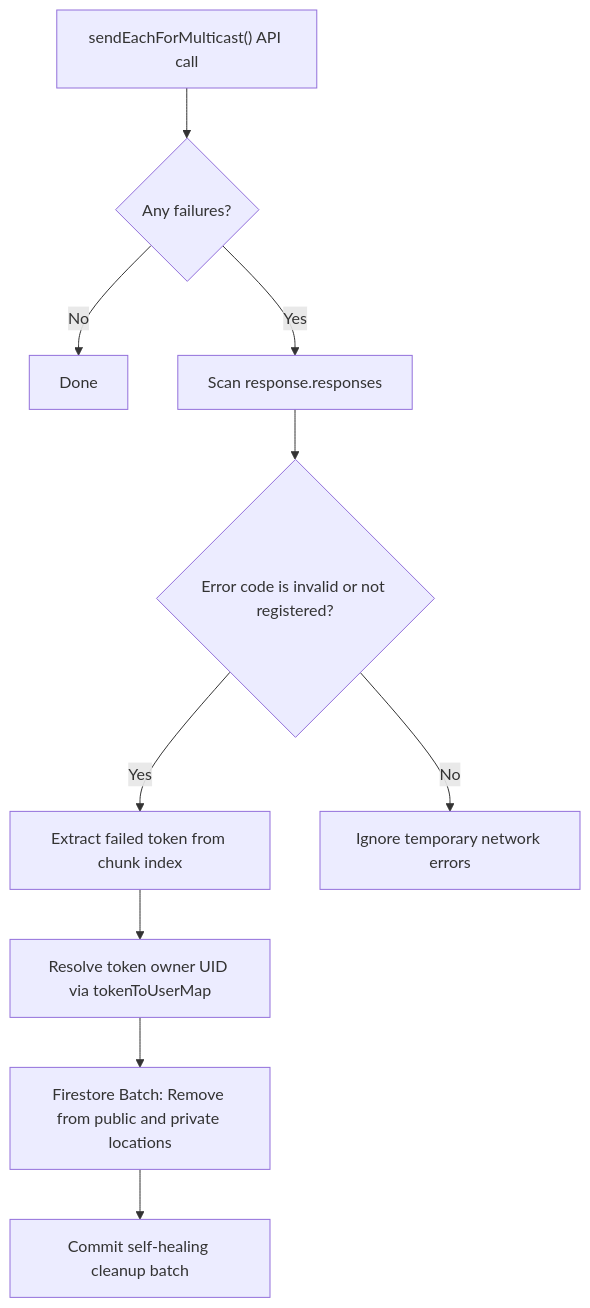
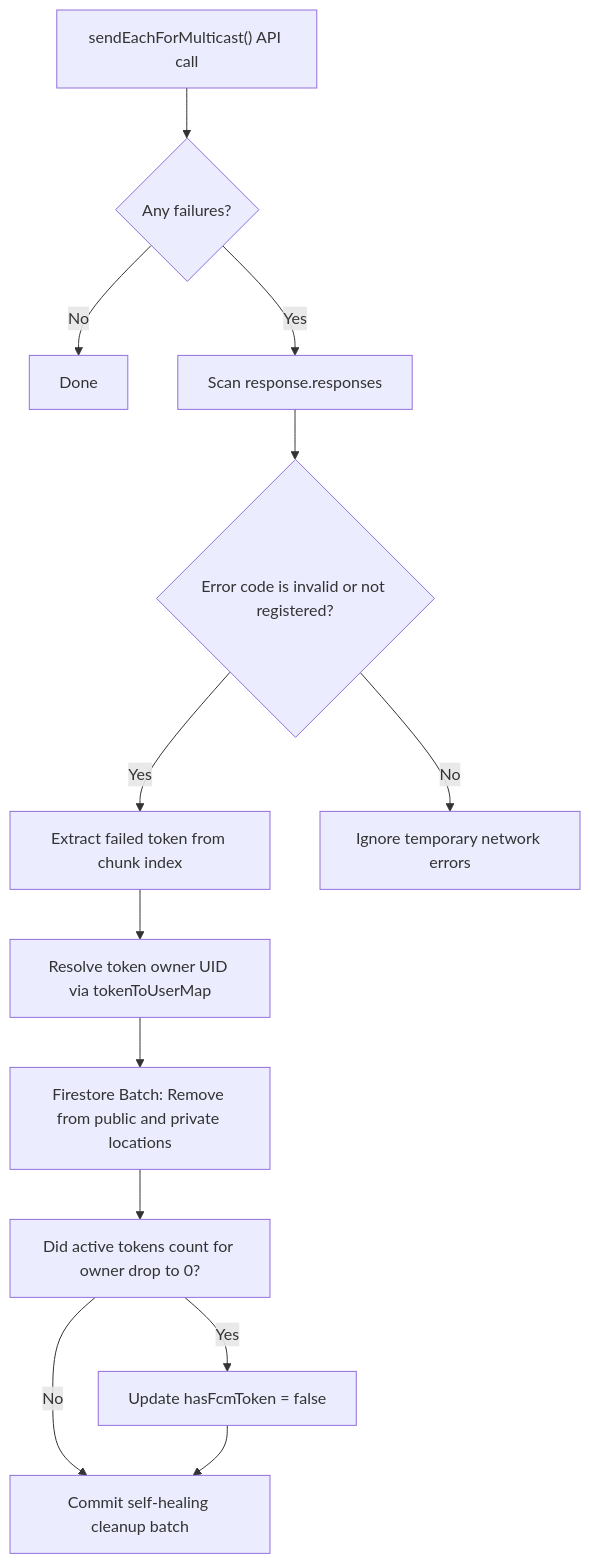
One commit to ScriptureHabit/scripture-habit changed the third of 3 diagrams in docs/details/push-notifications.md. Above: the diagram before and after it, drawn with Mermaid. The commit also changed other lines of this file and 15 other files, not shown here.

````diff
--- a/docs/details/push-notifications.md
+++ b/docs/details/push-notifications.md
@@ -306,12 +328,15 @@
 ```mermaid
 flowchart TD
     A["sendEachForMulticast() API call"] --> B{"Any failures?"}
     B -- "No" --> C["Done"]
     B -- "Yes" --> D["Scan response.responses"]
     D --> E{"Error code is invalid or not registered?"}
     E -- "Yes" --> F["Extract failed token from chunk index"]
     E -- "No" --> G["Ignore temporary network errors"]
     F --> H["Resolve token owner UID via tokenToUserMap"]
     H --> I["Firestore Batch: Remove from public and private locations"]
-    I --> J["Commit self-healing cleanup batch"]
+    I --> J["Did active tokens count for owner drop to 0?"]
+    J -- "Yes" --> K["Update hasFcmToken = false"]
+    J -- "No" --> L["Commit self-healing cleanup batch"]
+    K --> L
 ```
````
